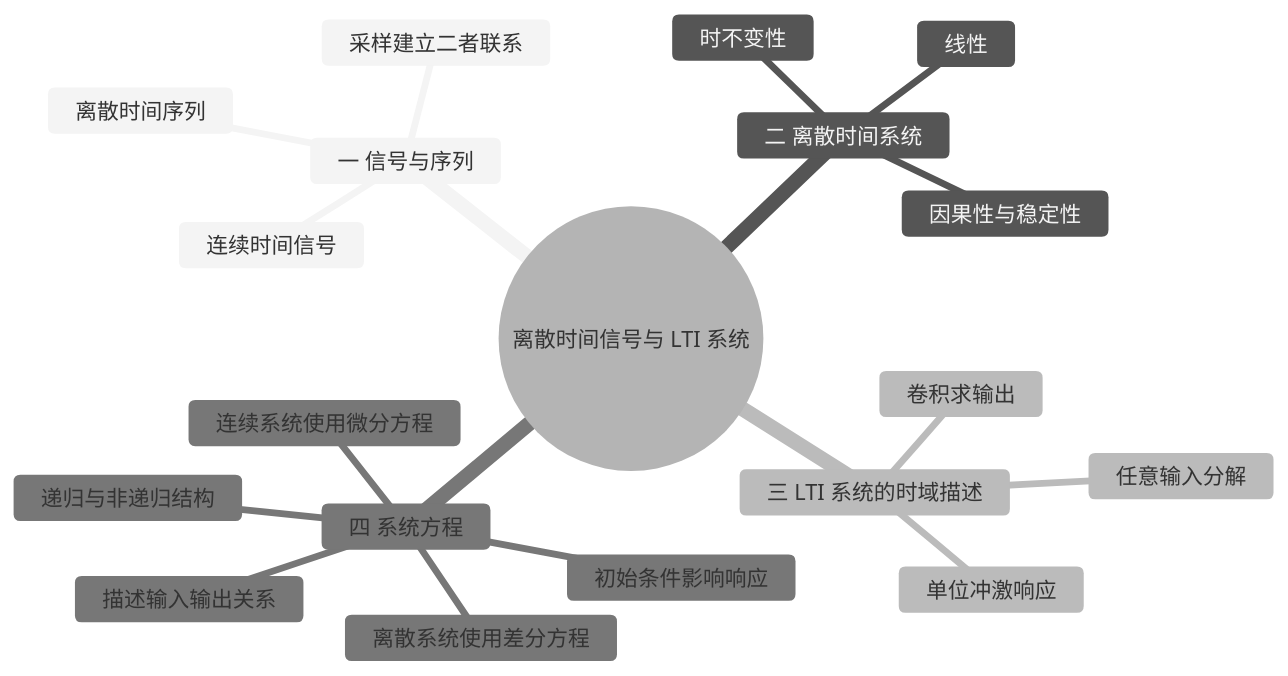
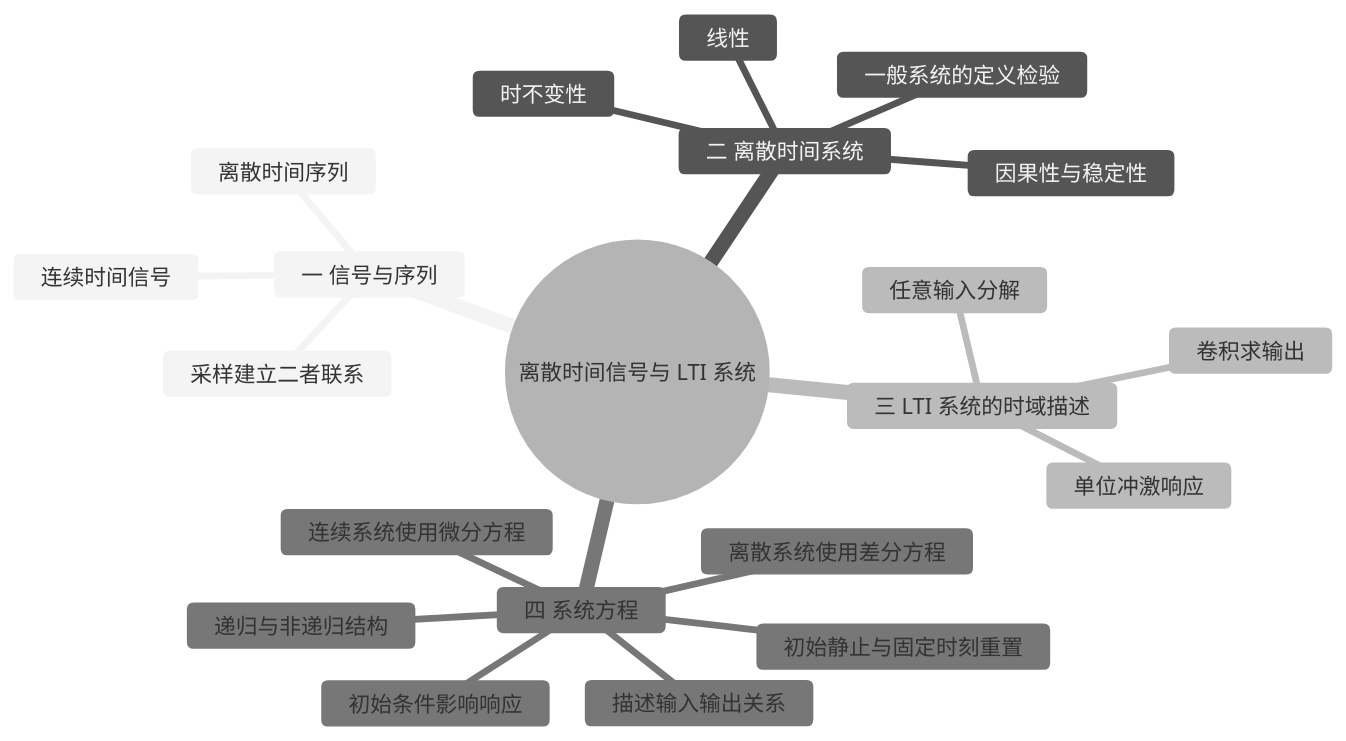
The first of 2 diagrams in 学习/学校课程/数字信号处理（3学分）/01 第1课 离散时间信号、LTI 系统与差分方程.md (3280441136-lab/My_Obsidian_Notes), drawn with Mermaid (neutral theme) before and after one commit. The commit also changed other lines of this file and 177 other files, not shown here.

````diff
--- a/学习/学校课程/数字信号处理（3学分）/01 第1课 离散时间信号、LTI 系统与差分方程.md
+++ b/学习/学校课程/数字信号处理（3学分）/01 第1课 离散时间信号、LTI 系统与差分方程.md
@@ -5,22 +5,24 @@
 ```mermaid
 mindmap
   root((离散时间信号与 LTI 系统))
     一 信号与序列
       连续时间信号
       离散时间序列
       采样建立二者联系
     二 离散时间系统
       线性
       时不变性
       因果性与稳定性
+      一般系统的定义检验
     三 LTI 系统的时域描述
       单位冲激响应
       任意输入分解
       卷积求输出
     四 系统方程
       连续系统使用微分方程
       离散系统使用差分方程
       描述输入输出关系
       递归与非递归结构
       初始条件影响响应
+      初始静止与固定时刻重置
 ```
````
